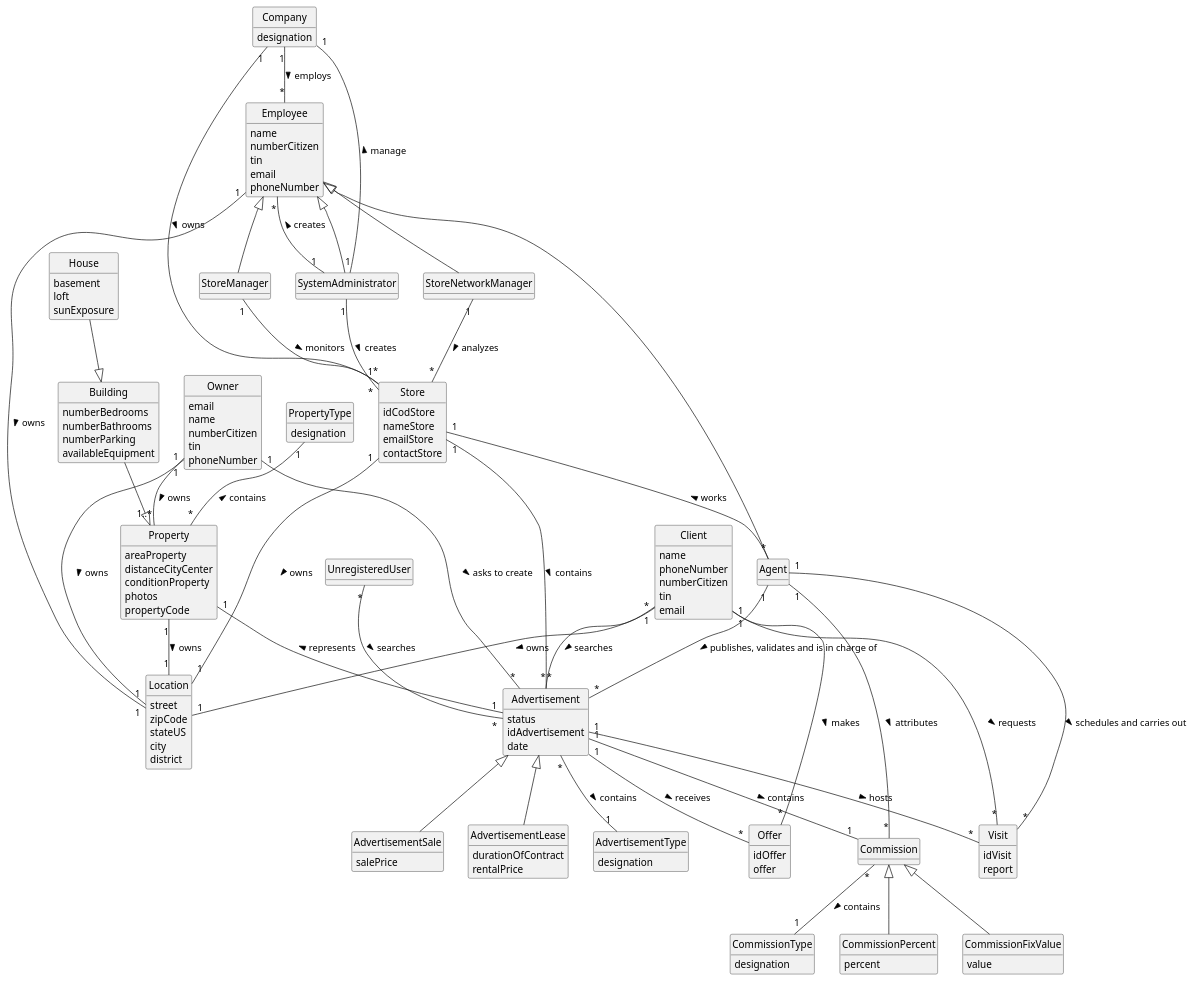
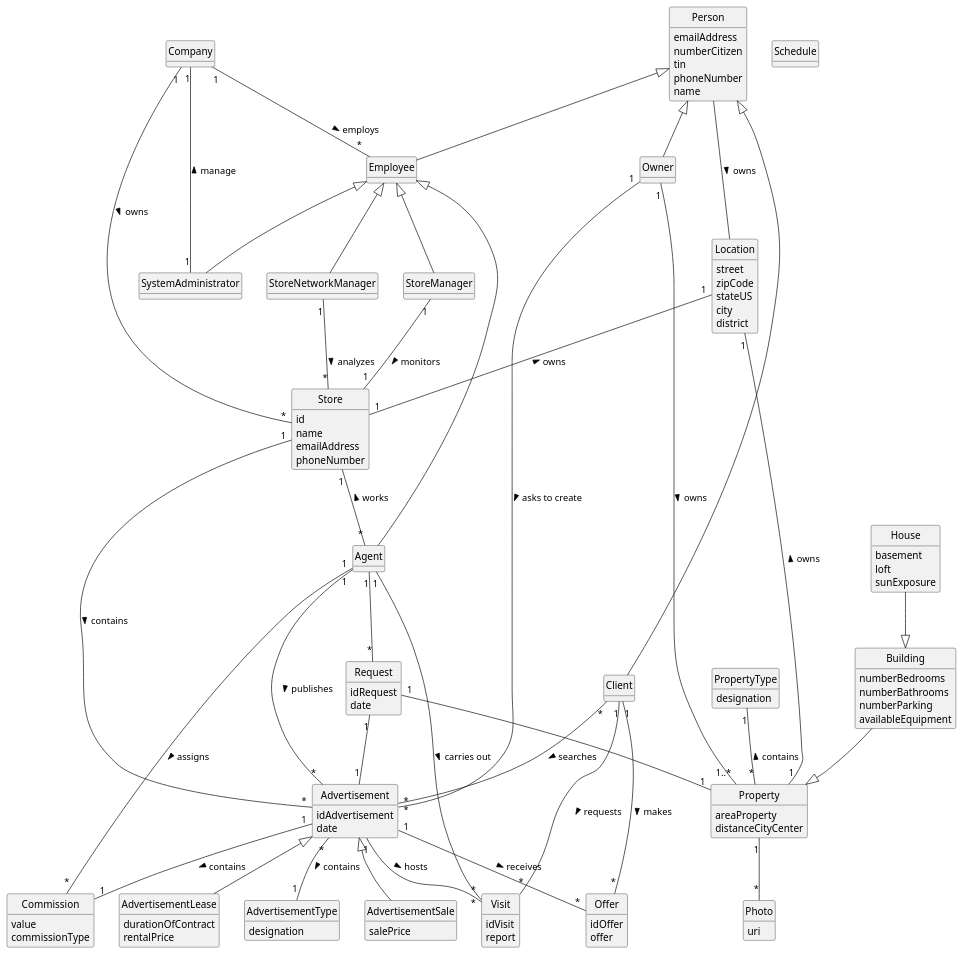
One commit to PEDROMOREIRA45/lei-23-s2-1dg-g31 changed the diagram in docs/sprintB/global-artifacts/02.analysis/puml/project-domain-model.puml. Above: the diagram before and after it, drawn with PlantUML. The commit also changed 3 other files, not shown here.

Commit message:
domain model changes and us001 sequence diagram changes

```diff
--- a/docs/sprintB/global-artifacts/02.analysis/puml/project-domain-model.puml
+++ b/docs/sprintB/global-artifacts/02.analysis/puml/project-domain-model.puml
@@ -1,178 +1,165 @@
 @startuml
 'https://plantuml.com/class-diagram
 skinparam monochrome true
 skinparam packageStyle rectangle
 skinparam shadowing false
 hide circle
 hide methods
 
 
 class Employee{
-    name
-    numberCitizen
-    tin
-    email
-    phoneNumber
 }
 
 class Client {
-    name
-    phoneNumber
-    numberCitizen
-    tin
-    email
 }
 
 class Owner {
-    email
-    name
-    numberCitizen
-    tin
-    phoneNumber
 }
 
 class Agent
 
 class Advertisement {
-    status
     idAdvertisement
     date
 }
 
 class AdvertisementSale {
     salePrice
 }
 
 class AdvertisementLease {
     durationOfContract
     rentalPrice
 
 }
 
 class AdvertisementType {
     designation
 }
 
 class PropertyType{
     designation
 }
 
 class Property{
     areaProperty
     distanceCityCenter
-    conditionProperty
-    photos
-    propertyCode
 }
 
 class House {
     basement
     loft
     sunExposure
 }
 
 class Building{
     numberBedrooms
     numberBathrooms
     numberParking
     availableEquipment
 }
 
 
 class Store{
-    idCodStore
-    nameStore
-    emailStore
-    contactStore
+    id
+    name
+    emailAddress
+    phoneNumber
 }
 
 class Visit{
     idVisit
     report
 }
 
 class Location {
     street
     zipCode
     stateUS
     city
     district
 }
 
 class StoreManager {
 }
 
 class StoreNetworkManager {
 }
 
 class Offer{
     idOffer
     offer
 }
 
 class SystemAdministrator{
 }
 
-class UnregisteredUser
 
-class Company{
-    designation
+class Commission{
+    value
+    commissionType
+}
+class Person{
+    emailAddress
+    numberCitizen
+    tin
+    phoneNumber
+    name
+}
+class Photo{
+    uri
 }
 
-class Commission{
+class Request{
+    idRequest
+    date
+}
+class Schedule{
 
 }
-class CommissionType{
-    designation
-}
-class CommissionPercent{
-    percent
-}
-class CommissionFixValue{
-    value
-}
+
+Person <|-- Owner
+Person <|-- Client
+Person <|-- Employee
+
+Person -- Location: owns >
+
 
 
 Owner "1" -- "1..*" Property: owns >
-Agent "1" -- "*" Advertisement: publishes, validates and is in charge of >
+Agent "1" -- "*" Advertisement: publishes >
 House --|> Building
 
 Building --|> Property
 Store "1" -- "*" Agent: works <
 StoreManager "1" -- "1" Store:  monitors >
-Property "1" -- "1" Location: owns >
+Location "1" -- "1" Property : owns <
 StoreNetworkManager "1" -- "*" Store:  analyzes >
 Employee <|-- Agent
 Employee <|-- StoreManager
 Employee <|-- StoreNetworkManager
 Advertisement"1" -- "*"Offer: receives >
 Client"1" -- "*"Offer: makes >
-Store"1" -- "1"Location: owns >
+Location "1" -- "1" Store: owns <
 Advertisement "1" -- "*" Visit: hosts >
 Client "1" -- "*" Visit: requests >
-Agent "1" -- "*" Visit: schedules and carries out >
-Property "1" - "1" Advertisement: represents <
-Client "1" -- "1" Location: owns >
-Employee "1" -- "1" Location: owns >
-Owner "1" -- "1" Location: owns >
+Agent "1" -- "*" Visit:  carries out >
 Store "1" -- "*" Advertisement: contains >
-UnregisteredUser "*" -- "*" Advertisement: searches >
-SystemAdministrator "1" -- "*" Store: creates >
-SystemAdministrator "1" -- "*" Employee: creates >
 Client "*" -- "*" Advertisement: searches >
 Employee <|-- SystemAdministrator
 Owner "1" - "*" Advertisement: asks to create >
 PropertyType "1" -- "*" Property: contains <
 Advertisement <|-- AdvertisementSale
 Advertisement <|-- AdvertisementLease
 Advertisement "*" -- "1" AdvertisementType: contains >
 Company "1" -- "*" Store: owns >
 Company "1" -- "*" Employee: employs >
 Company "1" -- "1" SystemAdministrator:manage <
-Commission <|-- CommissionFixValue
-Commission <|-- CommissionPercent
-Commission "*" -- "1" CommissionType: contains >
 Advertisement "1" -- "1" Commission: contains >
-Agent "1" -- "*" Commission: attributes >
+Agent "1" -- "*" Commission: assigns >
+Property "1" -- "*" Photo
+Request "1" -- "1" Property
+Request "1" -- "1" Advertisement
+Agent "1" -- "*" Request
 
 @enduml
```
